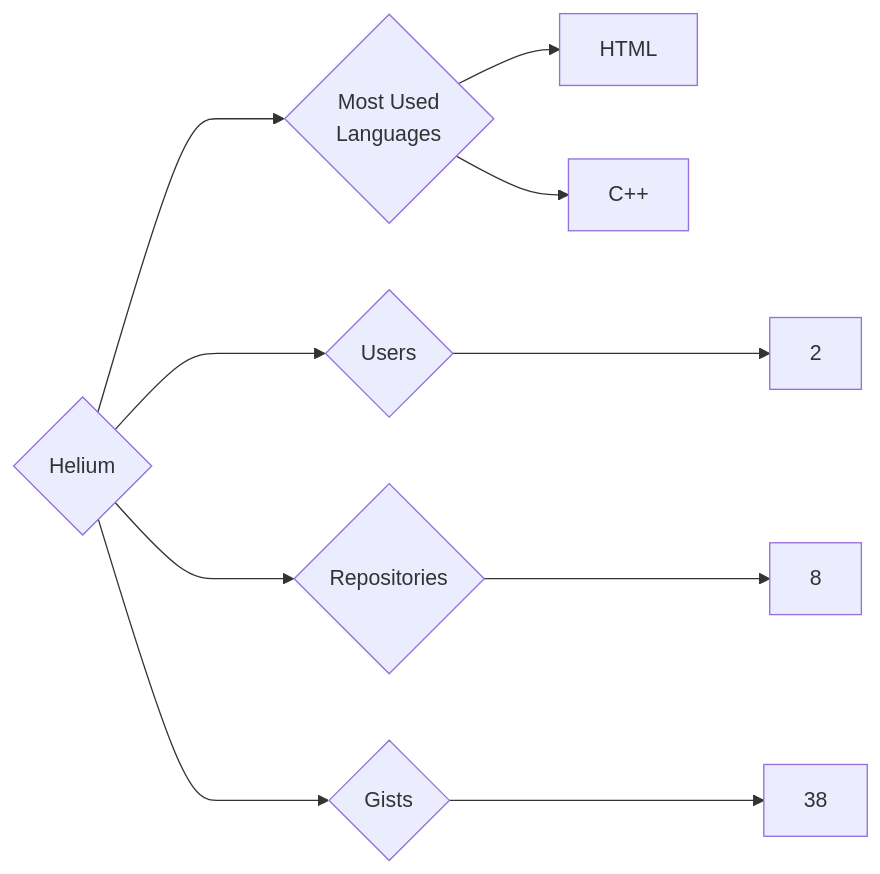
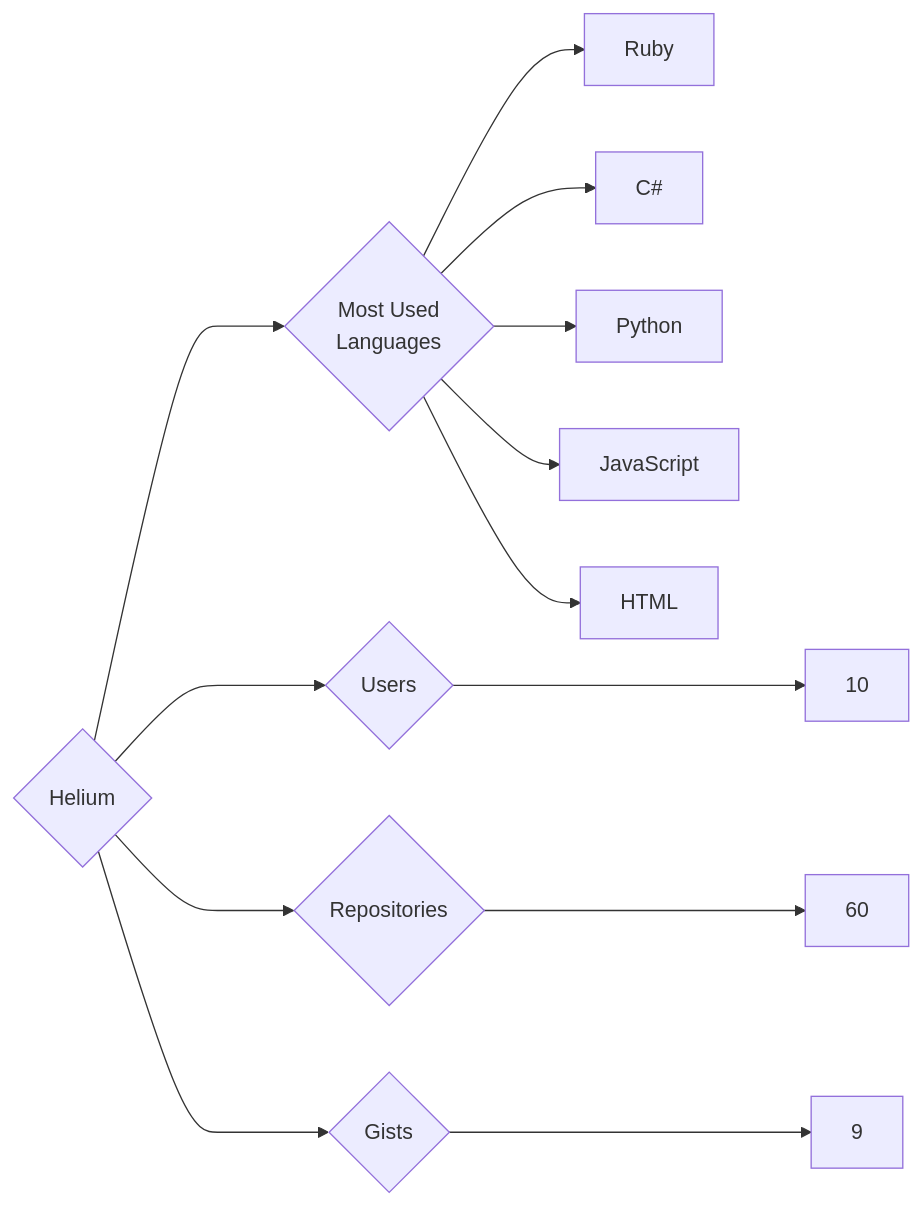
The diagram in targets/Helium/README.md (trickest/insiders), drawn with Mermaid before and after one commit. The commit also changed 783 other files, not shown here.

````diff
--- a/targets/Helium/README.md
+++ b/targets/Helium/README.md
@@ -3,10 +3,13 @@
 ```mermaid
 graph LR
 COMPANY_NAME{Helium}
-COMPANY_NAME ---> U{Users} ---> UN[2]
-COMPANY_NAME ---> R{Repositories} ---> RN[8]
-COMPANY_NAME ---> G{Gists} ---> GN[38]
+COMPANY_NAME ---> U{Users} ---> UN[10]
+COMPANY_NAME ---> R{Repositories} ---> RN[60]
+COMPANY_NAME ---> G{Gists} ---> GN[9]
 COMPANY_NAME ---> ML{Most Used<br>Languages}
+ML --> Ruby[Ruby]
+ML --> C#[C#]
+ML --> Python[Python]
+ML --> JavaScript[JavaScript]
 ML --> HTML[HTML]
-ML --> C++[C++]
 ```
````
